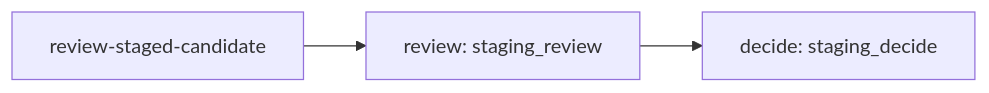
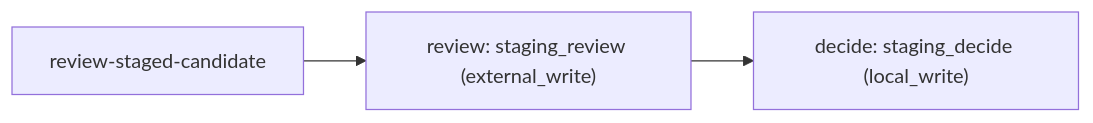
Diagram 23 of 30 in reports/2026-11-20-workflow-map/WORKFLOW-MAP.md (Jake36999/Librarian_V2), drawn with Mermaid before and after one commit. The commit also changed other lines of this file and 6 other files, not shown here.

````diff
--- a/reports/2026-11-20-workflow-map/WORKFLOW-MAP.md
+++ b/reports/2026-11-20-workflow-map/WORKFLOW-MAP.md
@@ -311,8 +311,8 @@
 ```mermaid
 flowchart LR
   s["review-staged-candidate"]
-  n0["review: staging_review"]
+  n0["review: staging_review (external_write)"]
   s --> n0
-  n1["decide: staging_decide"]
+  n1["decide: staging_decide (local_write)"]
   n0 --> n1
 ```
````
